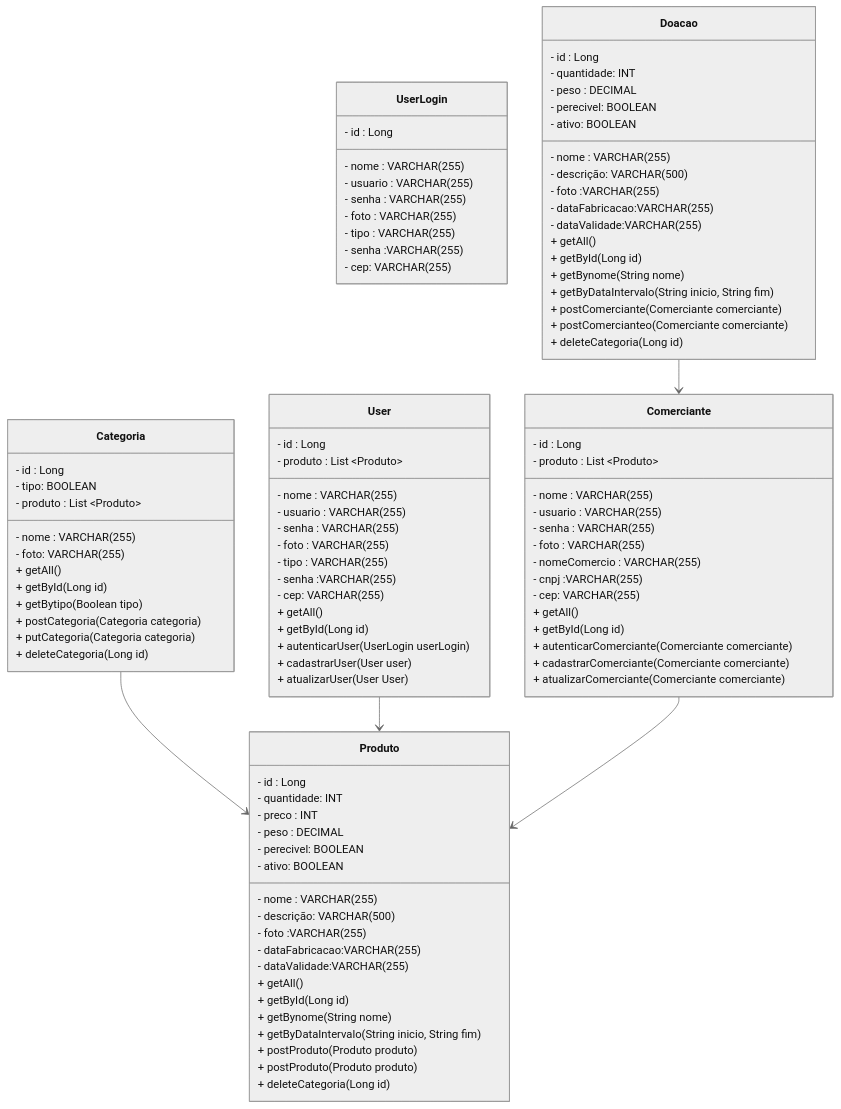
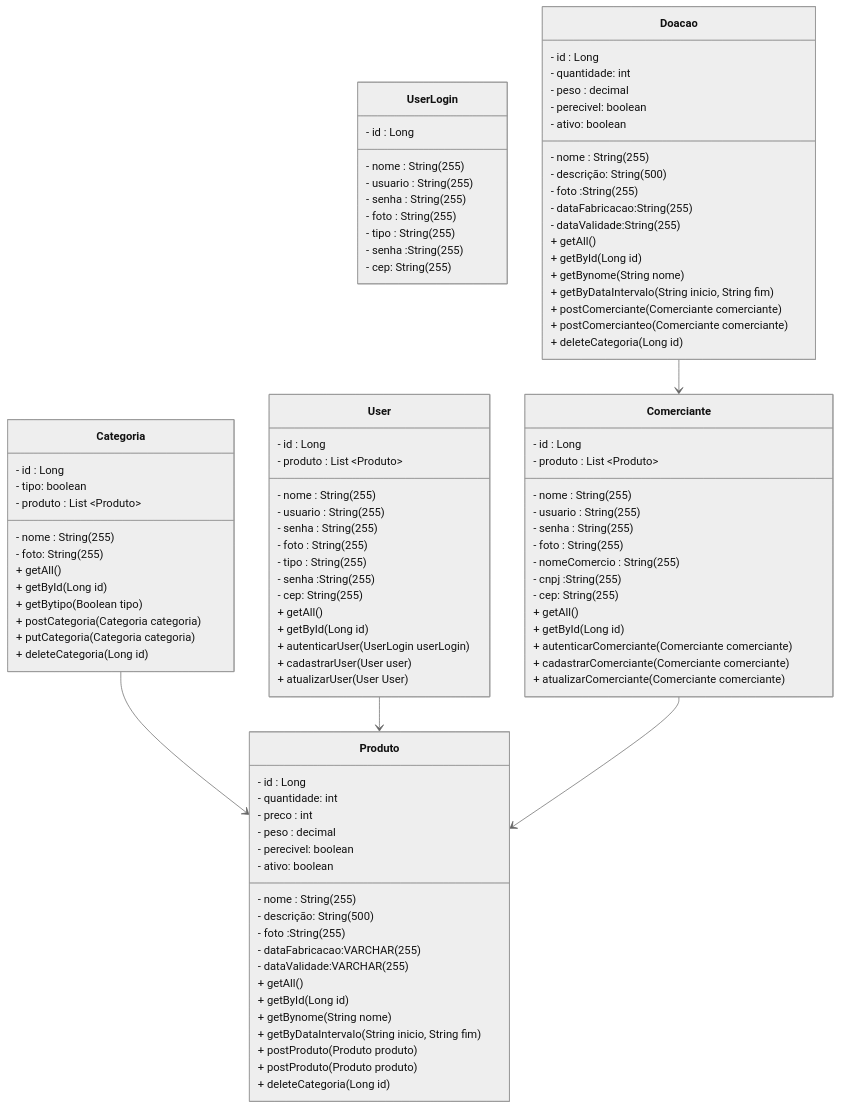
One commit to Projeto-Tai/Documentacao changed the diagram in README.md. Above: the diagram before and after it, drawn with Mermaid (neutral theme).

```diff
--- a/README.md
+++ b/README.md
@@ -22,9 +22,9 @@
 classDiagram
 class Categoria{
   - id : Long
-  - nome : VARCHAR(255)
-  - tipo: BOOLEAN
-  - foto: VARCHAR(255)
+  - nome : String(255)
+  - tipo: boolean
+  - foto: String(255)
   - produto : List ~Produto~
   + getAll()
   + getById(Long id)
@@ -35,14 +35,14 @@
 }
 class Produto {
   - id : Long
-  - nome : VARCHAR(255)
-  - quantidade: INT
-  - descrição: VARCHAR(500)
-  - preco : INT
-  - foto :VARCHAR(255)
-  - peso : DECIMAL
-  - perecivel: BOOLEAN
-  - ativo: BOOLEAN
+  - nome : String(255)
+  - quantidade: int
+  - descrição: String(500)
+  - preco : int
+  - foto :String(255)
+  - peso : decimal
+  - perecivel: boolean
+  - ativo: boolean
   - dataFabricacao:VARCHAR(255)
   - dataValidade:VARCHAR(255)
   + getAll()
@@ -55,13 +55,13 @@
 }
 class User {
   - id : Long
-  - nome : VARCHAR(255)
-  - usuario :  VARCHAR(255)
-  - senha :  VARCHAR(255)
-  - foto :  VARCHAR(255)
-  - tipo : VARCHAR(255)
-  - senha :VARCHAR(255)
-  - cep: VARCHAR(255)
+  - nome : String(255)
+  - usuario :  String(255)
+  - senha :  String(255)
+  - foto :  String(255)
+  - tipo : String(255)
+  - senha :String(255)
+  - cep: String(255)
   - produto : List ~Produto~
   + getAll()
   + getById(Long id)
@@ -71,24 +71,24 @@
 }
 class UserLogin{
  - id : Long
-  - nome : VARCHAR(255)
-  - usuario :  VARCHAR(255)
-  - senha :  VARCHAR(255)
-  - foto :  VARCHAR(255)
-  - tipo : VARCHAR(255)
-  - senha :VARCHAR(255)
-  - cep: VARCHAR(255)
+  - nome : String(255)
+  - usuario :  String(255)
+  - senha :  String(255)
+  - foto :  String(255)
+  - tipo : String(255)
+  - senha :String(255)
+  - cep: String(255)
 }
 
 class Comerciante {
   - id : Long
-  - nome : VARCHAR(255)
-  - usuario :  VARCHAR(255)
-  - senha :  VARCHAR(255)
-  - foto :  VARCHAR(255)
-  - nomeComercio : VARCHAR(255)
-  - cnpj :VARCHAR(255)
-  - cep: VARCHAR(255)
+  - nome : String(255)
+  - usuario :  String(255)
+  - senha :  String(255)
+  - foto :  String(255)
+  - nomeComercio : String(255)
+  - cnpj :String(255)
+  - cep: String(255)
   - produto : List ~Produto~
   + getAll()
   + getById(Long id)
@@ -99,15 +99,15 @@
 
 class Doacao {
   - id : Long
-  - nome : VARCHAR(255)
-  - quantidade: INT
-  - descrição: VARCHAR(500)
-  - foto :VARCHAR(255)
-  - peso : DECIMAL
-  - perecivel: BOOLEAN
-  - ativo: BOOLEAN
-  - dataFabricacao:VARCHAR(255)
-  - dataValidade:VARCHAR(255)
+  - nome : String(255)
+  - quantidade: int
+  - descrição: String(500)
+  - foto :String(255)
+  - peso : decimal
+  - perecivel: boolean
+  - ativo: boolean
+  - dataFabricacao:String(255)
+  - dataValidade:String(255)
   + getAll()
   + getById(Long id)
   + getBynome(String nome)
```
